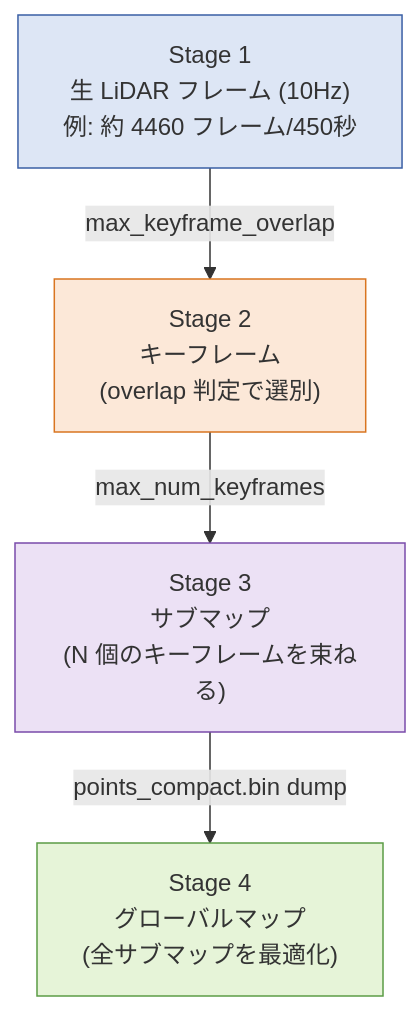
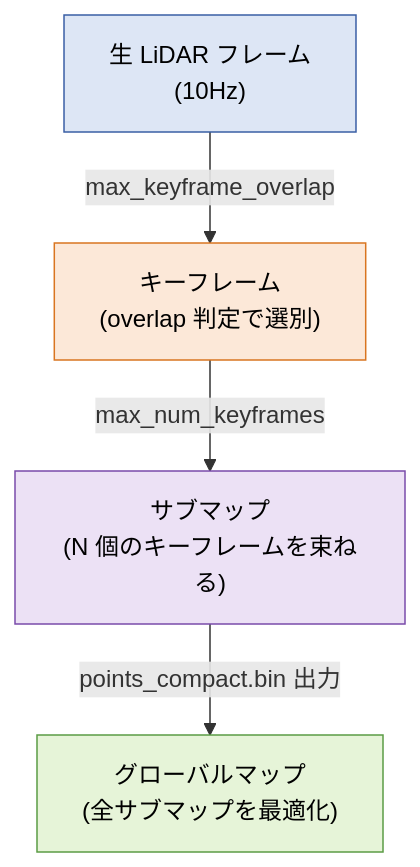
Before and after one commit to takamooori/manual_for_myself: the diagram in GLIM-parameter.md, drawn with Mermaid. The commit also changed other lines of this file, not shown here.

````diff
--- a/GLIM-parameter.md
+++ b/GLIM-parameter.md
@@ -15,16 +10,16 @@
 ```mermaid
 flowchart TD
-    A["Stage 1<br>生 LiDAR フレーム (10Hz)<br>例: 約 4460 フレーム/450秒"]
-    B["Stage 2<br>キーフレーム<br>(overlap 判定で選別)"]
-    C["Stage 3<br>サブマップ<br>(N 個のキーフレームを束ねる)"]
-    D["Stage 4<br>グローバルマップ<br>(全サブマップを最適化)"]
+    A["生 LiDAR フレーム<br>(10Hz)"]
+    B["キーフレーム<br>(overlap 判定で選別)"]
+    C["サブマップ<br>(N 個のキーフレームを束ねる)"]
+    D["グローバルマップ<br>(全サブマップを最適化)"]
 
     A -->|max_keyframe_overlap| B
     B -->|max_num_keyframes| C
-    C -->|points_compact.bin dump| D
+    C -->|points_compact.bin 出力| D
 
-    style A fill:#dde6f5,stroke:#3a5fa5
-    style B fill:#fce8d8,stroke:#d97520
-    style C fill:#ece1f5,stroke:#7a4baa
-    style D fill:#e6f4d8,stroke:#5b9c45
+    style A fill:#dde6f5,stroke:#3a5fa5,color:#000
+    style B fill:#fce8d8,stroke:#d97520,color:#000
+    style C fill:#ece1f5,stroke:#7a4baa,color:#000
+    style D fill:#e6f4d8,stroke:#5b9c45,color:#000
 ```
````
